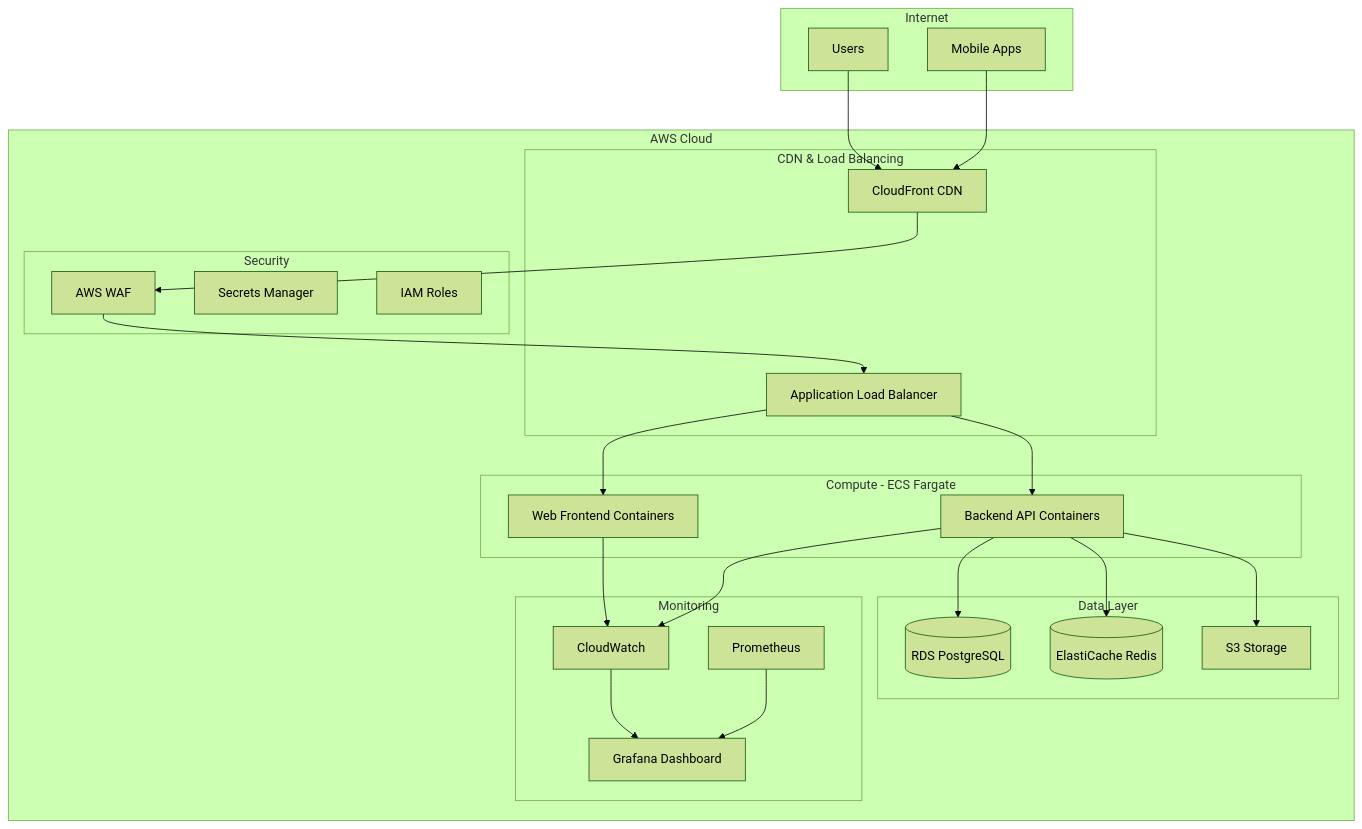
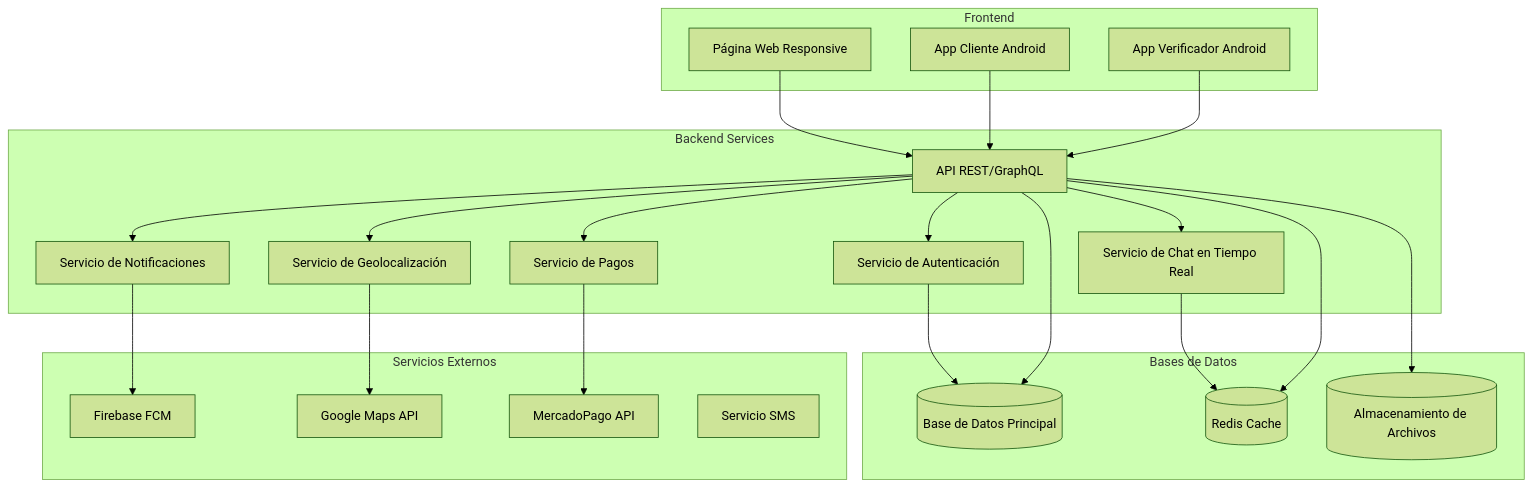
The first of 4 diagrams in design.md (JuanPinto86/VerificadoresPresenciales.), drawn with Mermaid (forest theme) before and after one commit. The commit also changed other lines of this file and 2 other files, not shown here.

````diff
--- a/design.md
+++ b/design.md
@@ -11,52 +11,50 @@
 ```mermaid
 graph TB
-    subgraph "Internet"
-        Users[Users]
-        Mobile[Mobile Apps]
+    subgraph "Frontend"
+        WEB[Página Web Responsive]
+        APP1[App Cliente Android]
+        APP2[App Verificador Android]
     end
     
-    subgraph "AWS Cloud"
-        subgraph "CDN & Load Balancing"
-            CF[CloudFront CDN]
-            ALB[Application Load Balancer]
-        end
-        
-        subgraph "Compute - ECS Fargate"
-            Web[Web Frontend Containers]
-            API[Backend API Containers]
-        end
-        
-        subgraph "Data Layer"
-            RDS[(RDS PostgreSQL)]
-            Redis[(ElastiCache Redis)]
-            S3[S3 Storage]
-        end
-        
-        subgraph "Monitoring"
-            CW[CloudWatch]
-            Grafana[Grafana Dashboard]
-            Prometheus[Prometheus]
-        end
-        
-        subgraph "Security"
-            WAF[AWS WAF]
-            Secrets[Secrets Manager]
-            IAM[IAM Roles]
-        end
+    subgraph "Backend Services"
+        API[API REST/GraphQL]
+        AUTH[Servicio de Autenticación]
+        NOTIF[Servicio de Notificaciones]
+        CHAT[Servicio de Chat en Tiempo Real]
+        GEO[Servicio de Geolocalización]
+        PAYMENT[Servicio de Pagos]
     end
     
-    Users --> CF
-    Mobile --> CF
-    CF --> WAF
-    WAF --> ALB
-    ALB --> Web
-    ALB --> API
-    API --> RDS
-    API --> Redis
-    API --> S3
+    subgraph "Bases de Datos"
+        MAIN[(Base de Datos Principal)]
+        CACHE[(Redis Cache)]
+        FILES[(Almacenamiento de Archivos)]
+    end
     
-    Web --> CW
-    API --> CW
-    CW --> Grafana
-    Prometheus --> Grafana
+    subgraph "Servicios Externos"
+        FIREBASE[Firebase FCM]
+        MAPS[Google Maps API]
+        MERCADO[MercadoPago API]
+        SMS[Servicio SMS]
+    end
+    
+    WEB --> API
+    APP1 --> API
+    APP2 --> API
+    
+    API --> AUTH
+    API --> NOTIF
+    API --> CHAT
+    API --> GEO
+    API --> PAYMENT
+    
+    AUTH --> MAIN
+    NOTIF --> FIREBASE
+    CHAT --> CACHE
+    GEO --> MAPS
+    PAYMENT --> MERCADO
+    
+    API --> MAIN
+    API --> CACHE
+    API --> FILES
 ```
````
